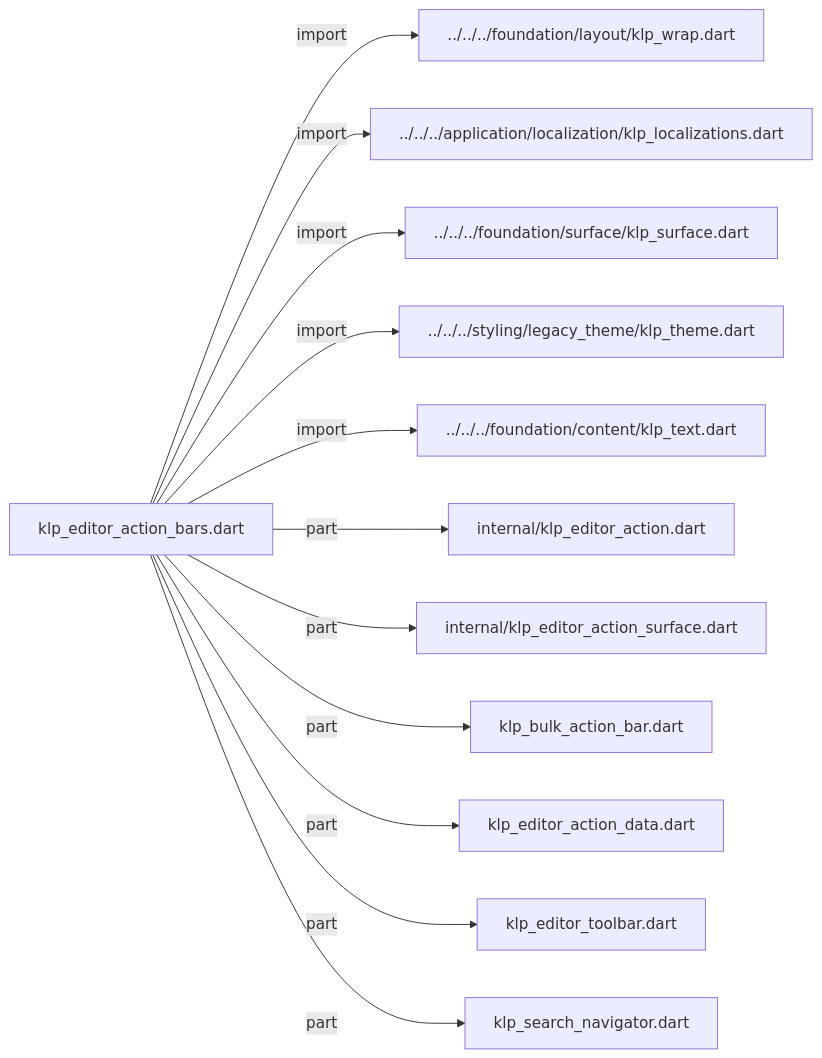
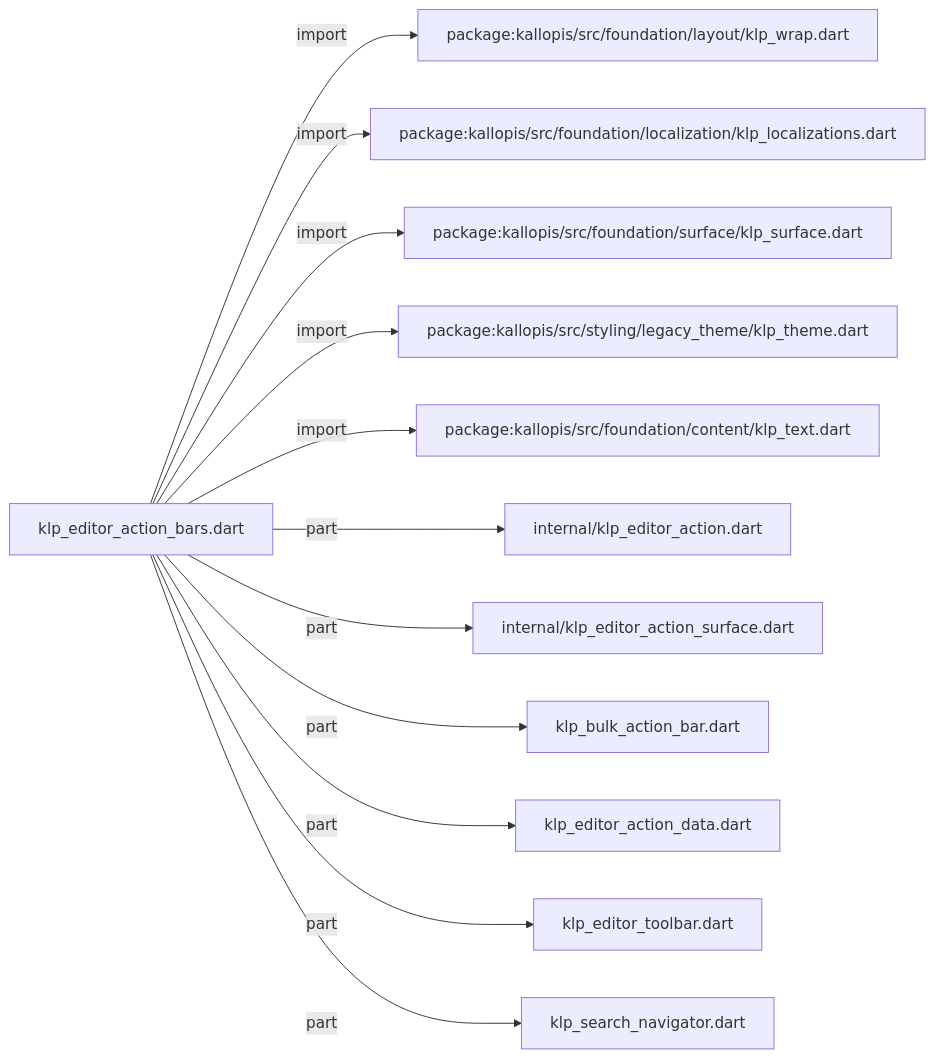
Before and after one commit to MiuDog/Kallopis: the second of 3 diagrams in docs/architecture/src/features/actions/editor/klp_editor_action_bars.md, drawn with Mermaid. The commit also changed other lines of this file and 9688 other files, not shown here.

Commit message:
Prepare isolated Flow F2 peer baseline

````diff
--- a/docs/architecture/src/features/actions/editor/klp_editor_action_bars.md
+++ b/docs/architecture/src/features/actions/editor/klp_editor_action_bars.md
@@ -38,26 +38,26 @@
 ```mermaid
 flowchart LR
 	n0["klp_editor_action_bars.dart"]
-	n1["../../../foundation/layout/klp_wrap.dart"]
-	n2["../../../application/localization/klp_localizations.dart"]
-	n3["../../../foundation/surface/klp_surface.dart"]
-	n4["../../../styling/legacy_theme/klp_theme.dart"]
-	n5["../../../foundation/content/klp_text.dart"]
+	n1["package:kallopis/src/foundation/layout/klp_wrap.dart"]
+	n2["package:kallopis/src/foundation/localization/klp_localizations.dart"]
+	n3["package:kallopis/src/foundation/surface/klp_surface.dart"]
+	n4["package:kallopis/src/styling/legacy_theme/klp_theme.dart"]
+	n5["package:kallopis/src/foundation/content/klp_text.dart"]
 	n6["internal/klp_editor_action.dart"]
 	n7["internal/klp_editor_action_surface.dart"]
 	n8["klp_bulk_action_bar.dart"]
 	n9["klp_editor_action_data.dart"]
 	n10["klp_editor_toolbar.dart"]
 	n11["klp_search_navigator.dart"]
 	n0 -->|"import"| n1
 	n0 -->|"import"| n2
 	n0 -->|"import"| n3
 	n0 -->|"import"| n4
 	n0 -->|"import"| n5
 	n0 -->|"part"| n6
 	n0 -->|"part"| n7
 	n0 -->|"part"| n8
 	n0 -->|"part"| n9
 	n0 -->|"part"| n10
 	n0 -->|"part"| n11
 ```
````
